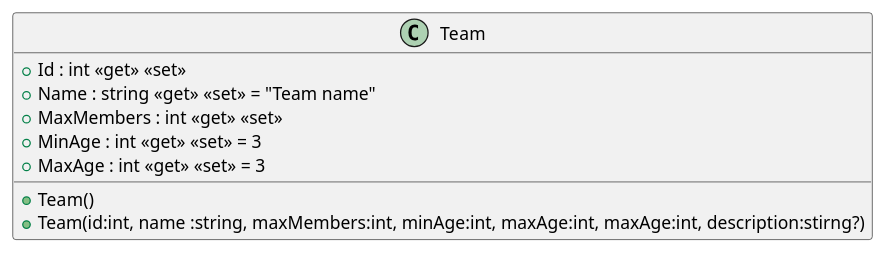
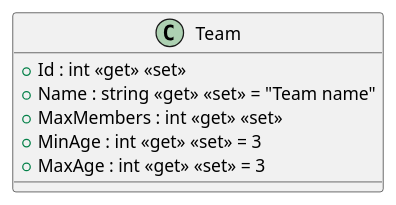
One commit to SEII2627LosBalicki/ISII2627LosBalicki changed the diagram in src/AppForSEII.API/ClassDiagram/Team.puml. Above: the diagram before and after it, drawn with PlantUML. The commit also changed 1 other file, not shown here.

Commit message:
remove redundances in classs diagrams

```diff
--- a/src/AppForSEII.API/ClassDiagram/Team.puml
+++ b/src/AppForSEII.API/ClassDiagram/Team.puml
@@ -1,12 +1,10 @@
 @startuml 
 class Team {
     + Id : int <<get>> <<set>>
     + Name : string <<get>> <<set>> = "Team name"
     + MaxMembers : int <<get>> <<set>>
     + MinAge : int <<get>> <<set>> = 3
     + MaxAge : int <<get>> <<set>> = 3
-    + Team()
-    + Team(id:int, name :string, maxMembers:int, minAge:int, maxAge:int, maxAge:int, description:stirng?)
 
 }
 @enduml
```
